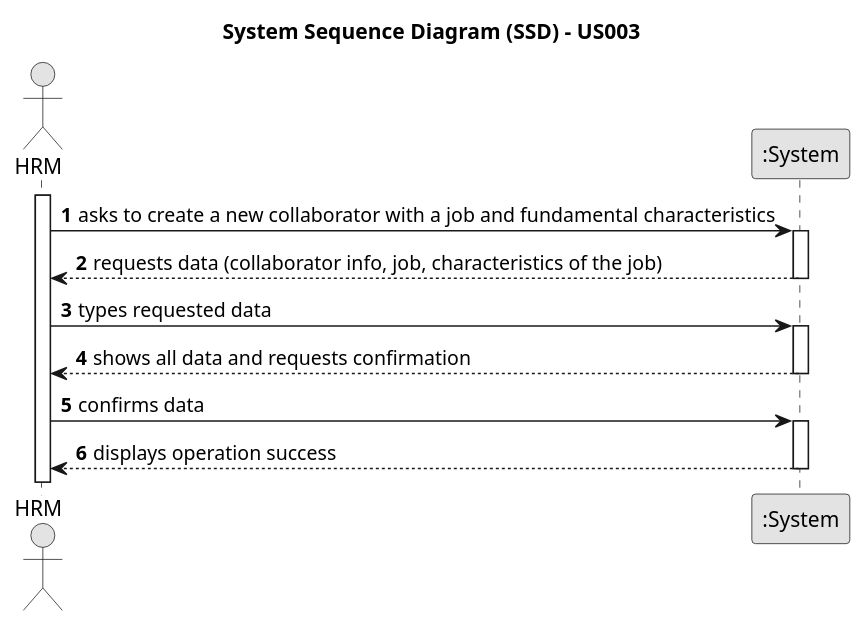
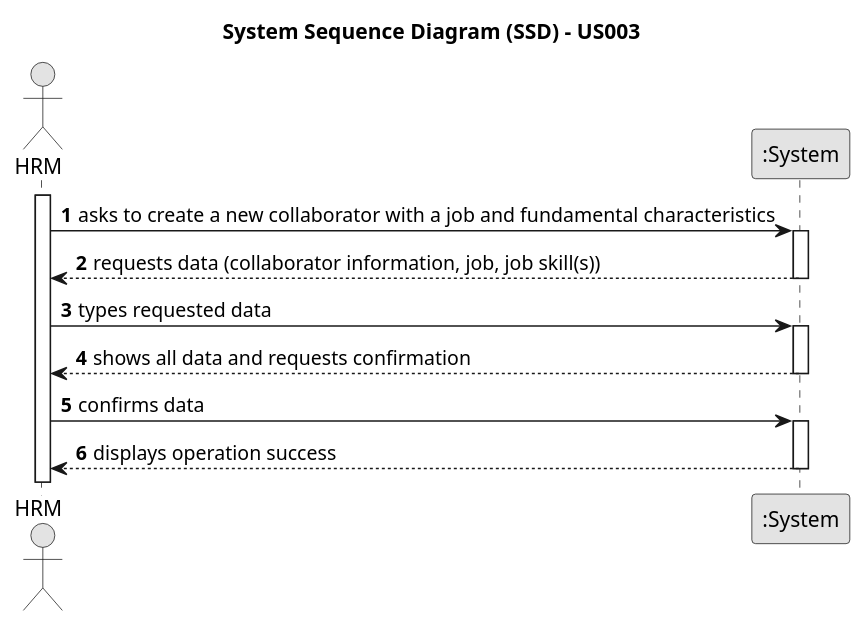
One commit to ricardomm7/leaflink changed the diagram in docs/sprintA/us003/01.requirements-engineering/puml/us003-system-sequence-diagram-alternative-one.puml. Above: the diagram before and after it, drawn with PlantUML. The commit also changed 19 other files, not shown here.

```diff
--- a/docs/sprintA/us003/01.requirements-engineering/puml/us003-system-sequence-diagram-alternative-one.puml
+++ b/docs/sprintA/us003/01.requirements-engineering/puml/us003-system-sequence-diagram-alternative-one.puml
@@ -1,33 +1,33 @@
 @startuml
 skinparam monochrome true
 skinparam packageStyle rectangle
 skinparam shadowing false
 
 title System Sequence Diagram (SSD) - US003
 
 autonumber
 
 actor "HRM" as HRM
 participant ":System" as System
 
 activate HRM
 
     HRM -> System : asks to create a new collaborator with a job and fundamental characteristics
     activate System
 
-        System --> HRM : requests data (collaborator info, job, characteristics of the job)
+        System --> HRM : requests data (collaborator information, job, job skill(s))
     deactivate System
 
     HRM -> System : types requested data
     activate System
 
         System --> HRM : shows all data and requests confirmation
     deactivate System
 
     HRM -> System : confirms data
     activate System
 
         System --> HRM : displays operation success
     deactivate System
 
 @enduml
```
